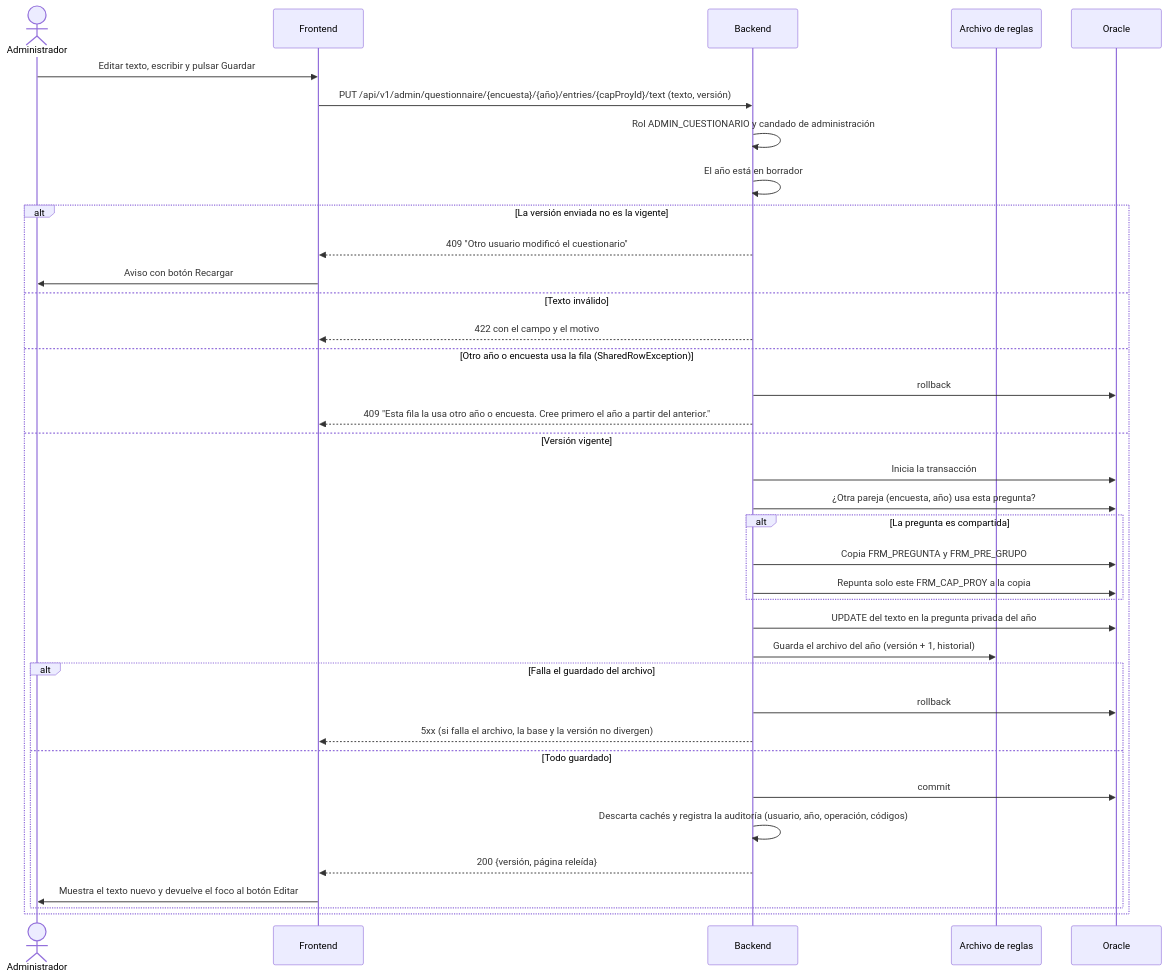
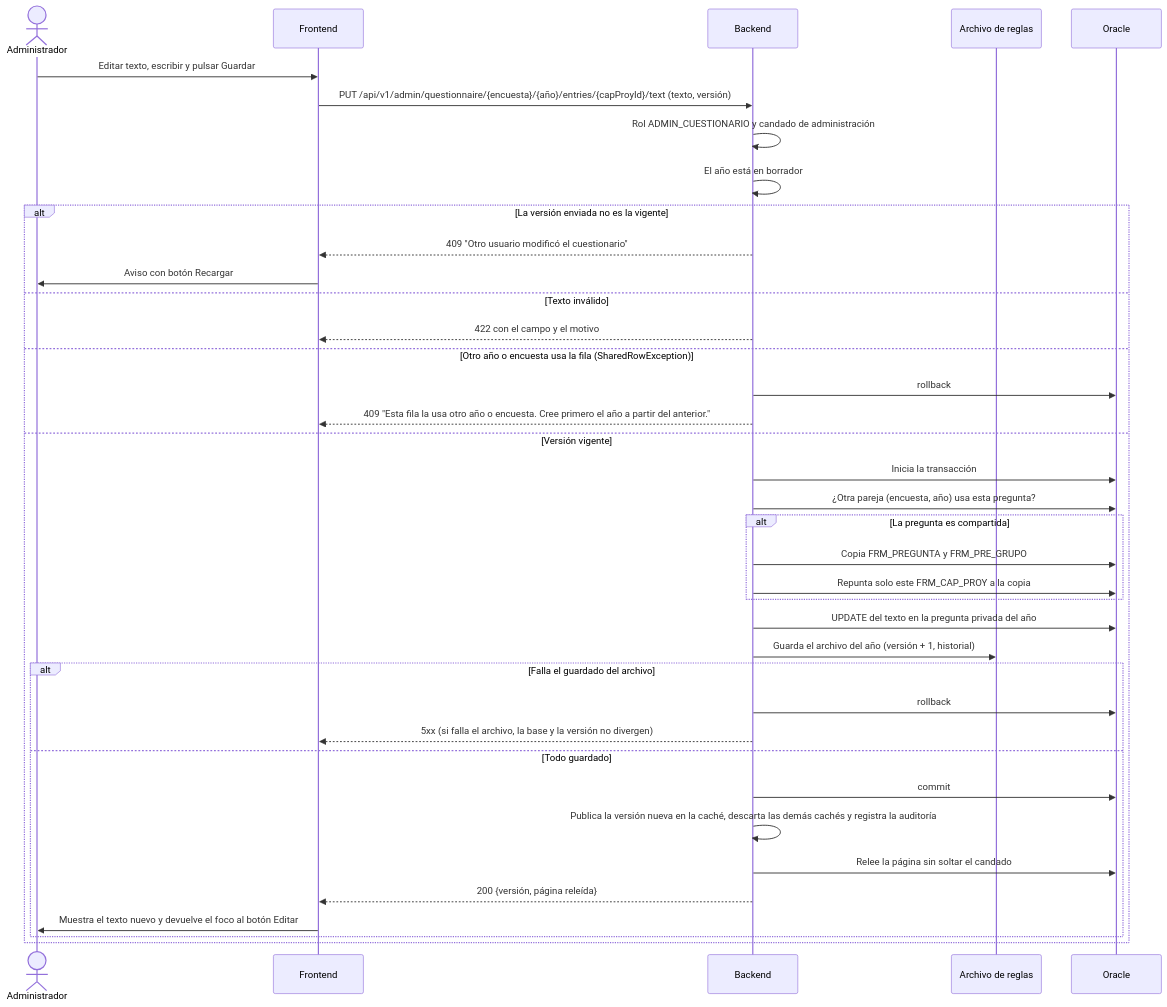
Before and after one commit to xiliosd/EDIS: the diagram in docs/diagramas/secuencia-editar-copia-al-escribir.md, drawn with Mermaid. The commit also changed other lines of this file and 4 other files, not shown here.

First line of the commit message:
fix(backend): versión de reglas publicada solo tras el COMMIT y respuesta bajo el candado

````diff
--- a/docs/diagramas/secuencia-editar-copia-al-escribir.md
+++ b/docs/diagramas/secuencia-editar-copia-al-escribir.md
@@ -6,39 +6,40 @@
 ```mermaid
 sequenceDiagram
     actor A as Administrador
     participant F as Frontend
     participant B as Backend
     participant R as Archivo de reglas
     participant O as Oracle
     A->>F: Editar texto, escribir y pulsar Guardar
     F->>B: PUT /api/v1/admin/questionnaire/{encuesta}/{año}/entries/{capProyId}/text (texto, versión)
     B->>B: Rol ADMIN_CUESTIONARIO y candado de administración
     B->>B: El año está en borrador
     alt La versión enviada no es la vigente
         B-->>F: 409 "Otro usuario modificó el cuestionario"
         F->>A: Aviso con botón Recargar
     else Texto inválido
         B-->>F: 422 con el campo y el motivo
     else Otro año o encuesta usa la fila (SharedRowException)
         B->>O: rollback
         B-->>F: 409 "Esta fila la usa otro año o encuesta. Cree primero el año a partir del anterior."
     else Versión vigente
         B->>O: Inicia la transacción
         B->>O: ¿Otra pareja (encuesta, año) usa esta pregunta?
         alt La pregunta es compartida
             B->>O: Copia FRM_PREGUNTA y FRM_PRE_GRUPO
             B->>O: Repunta solo este FRM_CAP_PROY a la copia
         end
         B->>O: UPDATE del texto en la pregunta privada del año
         B->>R: Guarda el archivo del año (versión + 1, historial)
         alt Falla el guardado del archivo
             B->>O: rollback
             B-->>F: 5xx (si falla el archivo, la base y la versión no divergen)
         else Todo guardado
             B->>O: commit
-            B->>B: Descarta cachés y registra la auditoría (usuario, año, operación, códigos)
+            B->>B: Publica la versión nueva en la caché, descarta las demás cachés y registra la auditoría
+            B->>O: Relee la página sin soltar el candado
             B-->>F: 200 {versión, página releída}
             F->>A: Muestra el texto nuevo y devuelve el foco al botón Editar
         end
     end
 ```
````
